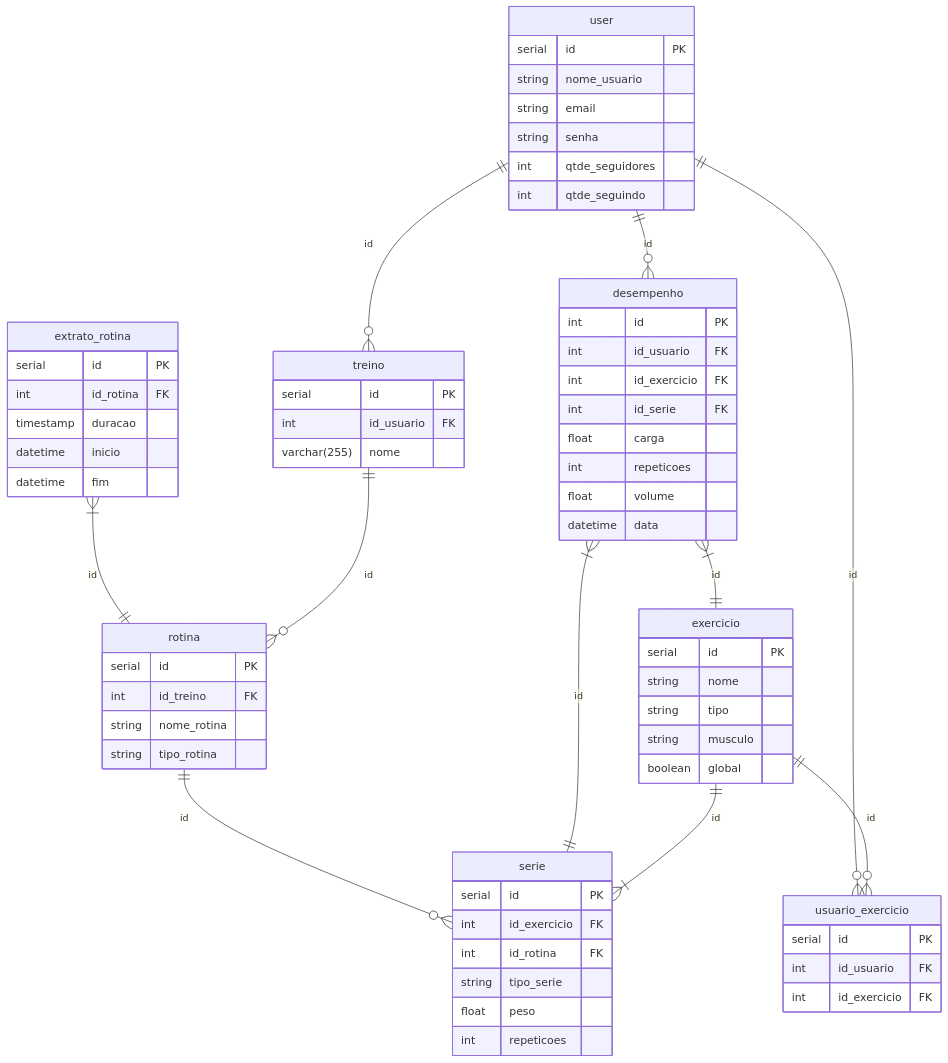
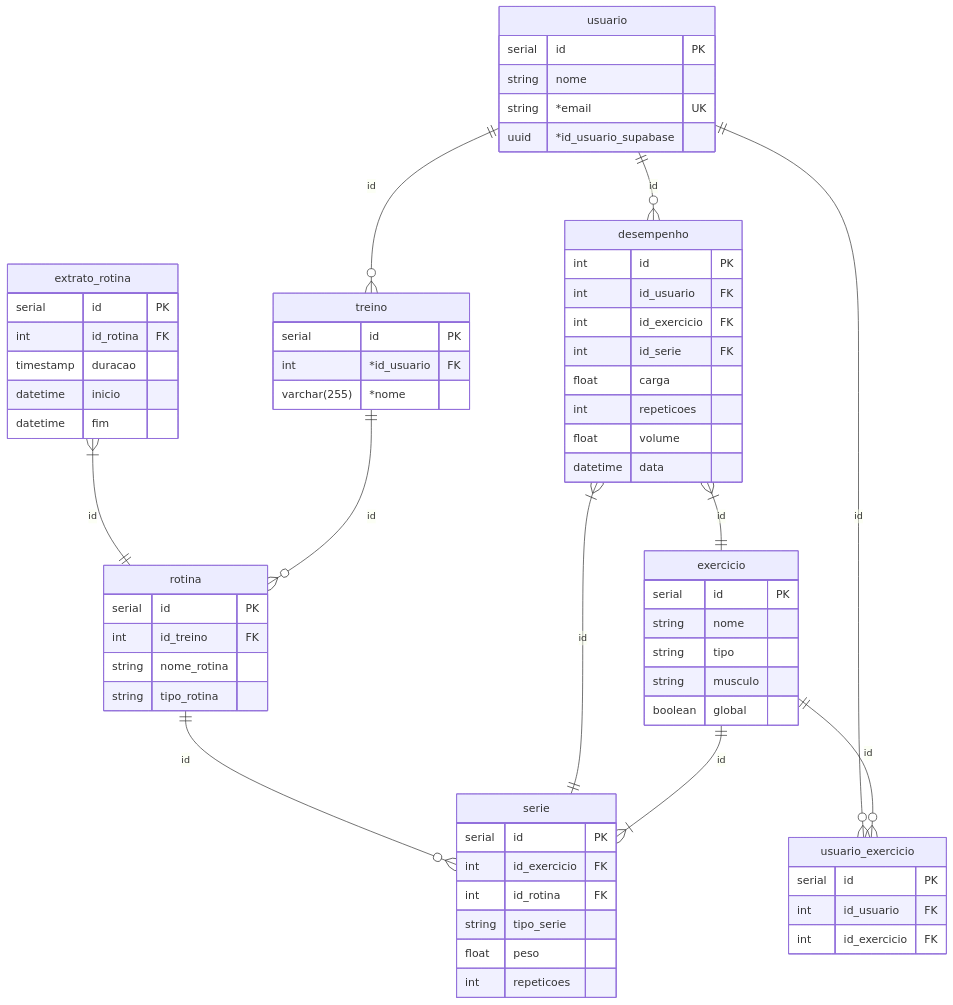
One commit to rgomide/app-gerenciador-exercicio changed the diagram in der.md. Above: the diagram before and after it, drawn with Mermaid. The commit also changed 3 other files, not shown here.

````diff
--- a/der.md
+++ b/der.md
@@ -1,78 +1,76 @@
 ``` mermaid
 erDiagram
-    user ||--o{ desempenho : id
-    user ||--o{ usuario_exercicio : id
-    user ||--o{ treino: id
-    user {
+    usuario ||--o{ desempenho : id
+    usuario ||--o{ usuario_exercicio : id
+    usuario ||--o{ treino: id
+    usuario {
         serial id PK
-        string nome_usuario
-        string email
-        string senha
-        int qtde_seguidores
-        int qtde_seguindo
+        string nome
+        string *email UK
+        uuid *id_usuario_supabase
     }
 
 
     rotina ||--o{ serie : id
     rotina {
         serial id PK
         int id_treino FK
         string nome_rotina
         string tipo_rotina  
     }
 
     extrato_rotina }|--|| rotina: id
     extrato_rotina {
         serial id PK
         int id_rotina FK
         timestamp duracao
         datetime inicio
         datetime fim
     }
 
     treino ||--o{ rotina: id
     treino {
         serial id PK
-        int id_usuario FK
-        varchar(255) nome
+        int *id_usuario FK
+        varchar(255) *nome
     }
 
     desempenho }|--|| exercicio : id
     desempenho }|--|| serie: id
     desempenho{
         int id PK
         int id_usuario FK
         int id_exercicio FK
         int id_serie FK
         float carga
         int repeticoes
         float volume
         datetime data
         
     }
 
     exercicio ||--|{ serie : id
     exercicio ||--o{ usuario_exercicio : id
     exercicio{
         serial id PK
         string nome
         string tipo
         string musculo
         boolean global
     }
 
     serie {
         serial id PK
         int id_exercicio FK
         int id_rotina FK
         string tipo_serie
         float peso
         int repeticoes
     }
 
     usuario_exercicio{
         serial id PK
         int id_usuario FK
         int id_exercicio FK
     }
 ```
````
